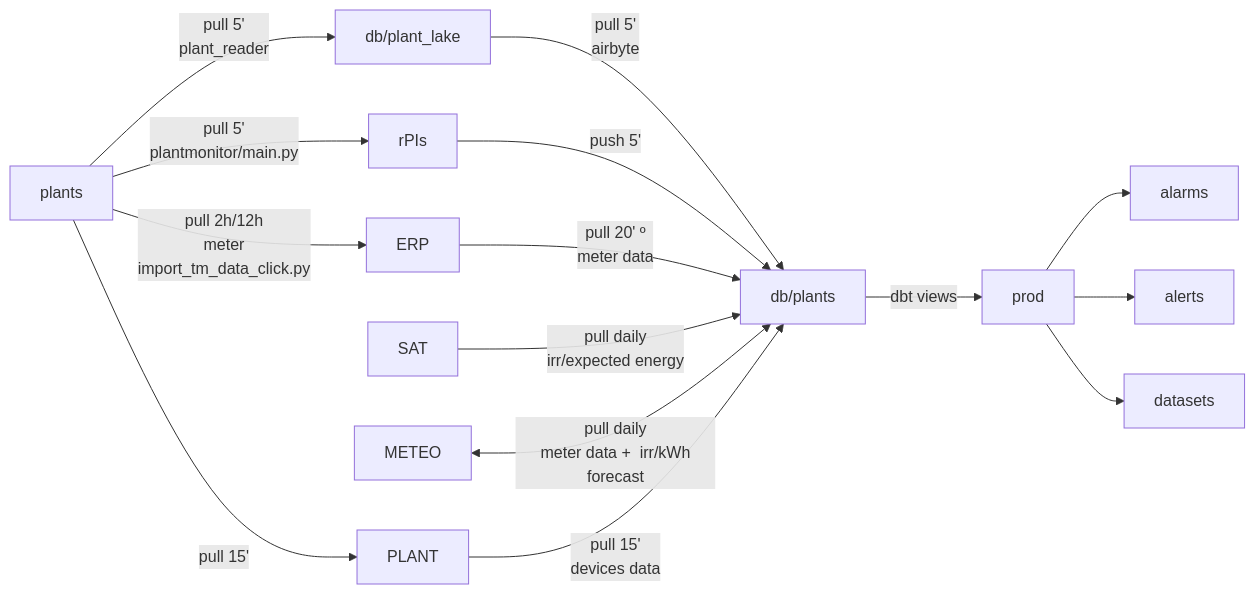
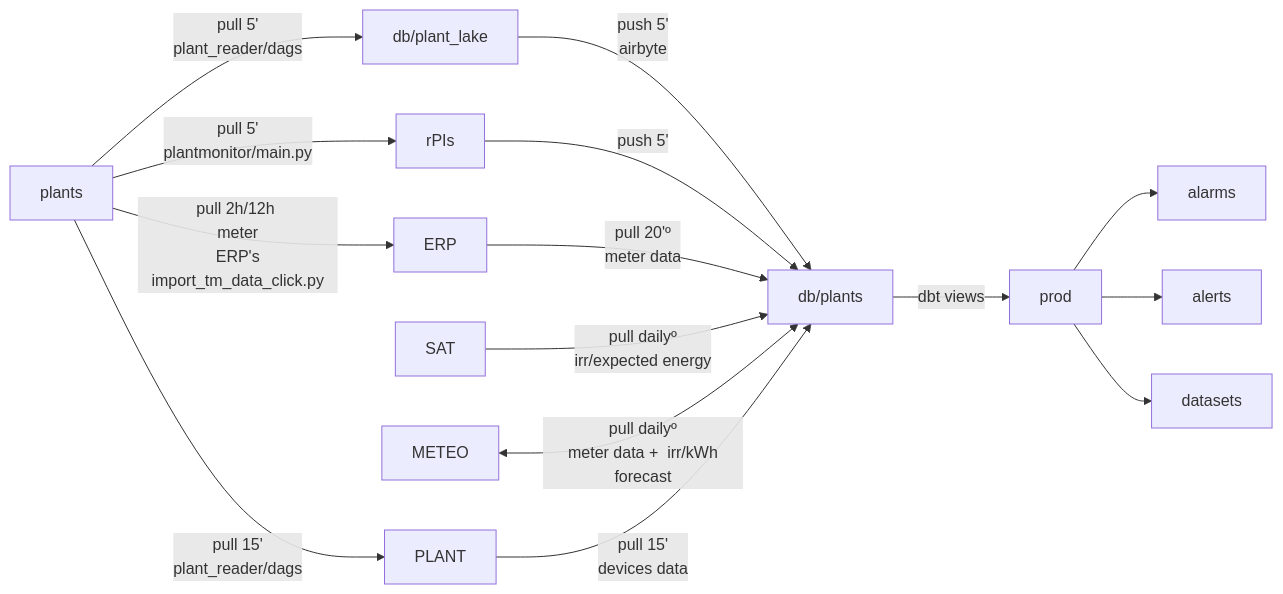
One commit to Som-Energia/somenergia-jardiner changed the first of 2 diagrams in docs/desenvolupadors/2023-06-10-overview-devs.md. Above: the diagram before and after it, drawn with Mermaid. The commit also changed other lines of this file and 2 other files, not shown here.

Commit message:
docs: small fixes on graph, better roadmap

````diff
--- a/docs/desenvolupadors/2023-06-10-overview-devs.md
+++ b/docs/desenvolupadors/2023-06-10-overview-devs.md
@@ -44,18 +44,18 @@
 ```mermaid
 flowchart LR
 
 dw[db/plants]
 
-plants -- pull 5' \n plant_reader --> lake[db/plant_lake]
-lake -- pull 5' \n airbyte --> dw
+plants -- pull 5' \n plant_reader/dags --> lake[db/plant_lake]
+lake -- push 5' \n airbyte --> dw
 
 plants -- pull 5' \n plantmonitor/main.py --> rPIs -- push 5'  --> dw
-plants -- pull 2h/12h \n meter \n import_tm_data_click.py --> ERP -- pull 20' º\n meter data --> dw
-SAT -- pull daily\n irr/expected energy --> dw
-METEO <-- pull daily\n meter data +  irr/kWh forecast --> dw
-plants -- pull 15' --> PLANT -- pull 15'\n devices data --> dw
+plants -- pull 2h/12h \n meter \n ERP's import_tm_data_click.py --> ERP -- pull 20'º\n meter data --> dw
+SAT -- pull dailyº\n irr/expected energy --> dw
+METEO <-- pull dailyº\n meter data +  irr/kWh forecast --> dw
+plants -- pull 15'\n plant_reader/dags --> PLANT -- pull 15'\n devices data --> dw
 
 dw -- dbt views --> prod --> alarms
 prod --> alerts
 prod --> datasets
 ```
````
